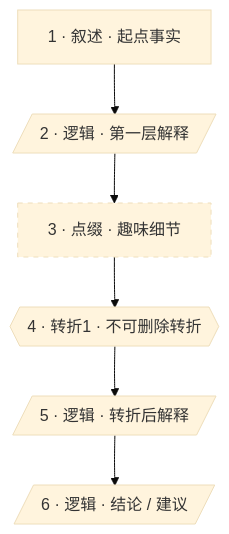
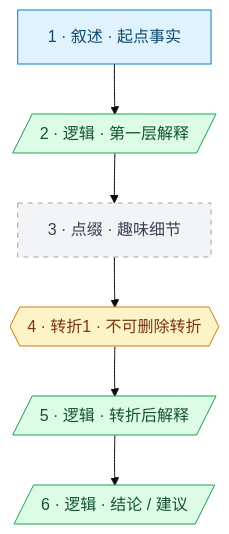
Before and after one commit to liusining/mdg-media-skills: the diagram in skills/madugong-content-analyzer/SKILL.md, drawn with Mermaid (base theme). The commit also changed other lines of this file and 1 other file, not shown here.

Commit message:
feat(analyzer): make narrative graph color-coded by unit type
Standardize four Mermaid classDefs (typeA 叙述/typeB 逻辑/typeC 点缀/
typeD 转折) with explicit fill, stroke and text color so nodes render in
distinct, theme-safe colors on GitHub. Update Step 7 example, Section 5
fill rules, and the self-check item accordingly.

````diff
--- a/skills/madugong-content-analyzer/SKILL.md
+++ b/skills/madugong-content-analyzer/SKILL.md
@@ -145,13 +145,16 @@
 ```mermaid
 flowchart TD
-    classDef typeC stroke-dasharray:5 5
+    classDef typeA fill:#e0f2fe,stroke:#0284c7,color:#0c4a6e
+    classDef typeB fill:#dcfce7,stroke:#16a34a,color:#14532d
+    classDef typeC fill:#f3f4f6,stroke:#9ca3af,color:#374151,stroke-dasharray:5 5
+    classDef typeD fill:#fef3c7,stroke:#d97706,color:#78350f
 
-    1["1 · 叙述 · 起点事实"]
-    2[/"2 · 逻辑 · 第一层解释"/]
+    1["1 · 叙述 · 起点事实"]:::typeA
+    2[/"2 · 逻辑 · 第一层解释"/]:::typeB
     3["3 · 点缀 · 趣味细节"]:::typeC
-    4{{"4 · 转折1 · 不可删除转折"}}
-    5[/"5 · 逻辑 · 转折后解释"/]
-    6[/"6 · 逻辑 · 结论 / 建议"/]
+    4{{"4 · 转折1 · 不可删除转折"}}:::typeD
+    5[/"5 · 逻辑 · 转折后解释"/]:::typeB
+    6[/"6 · 逻辑 · 结论 / 建议"/]:::typeB
 
     1 --> 2 --> 3 --> 4 --> 5 --> 6
 ```
````
